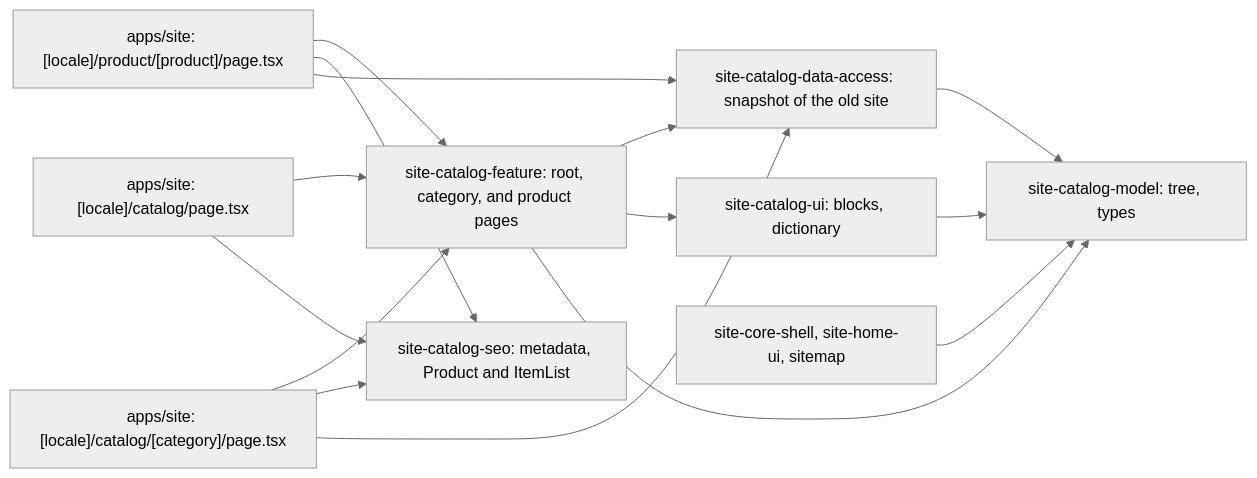
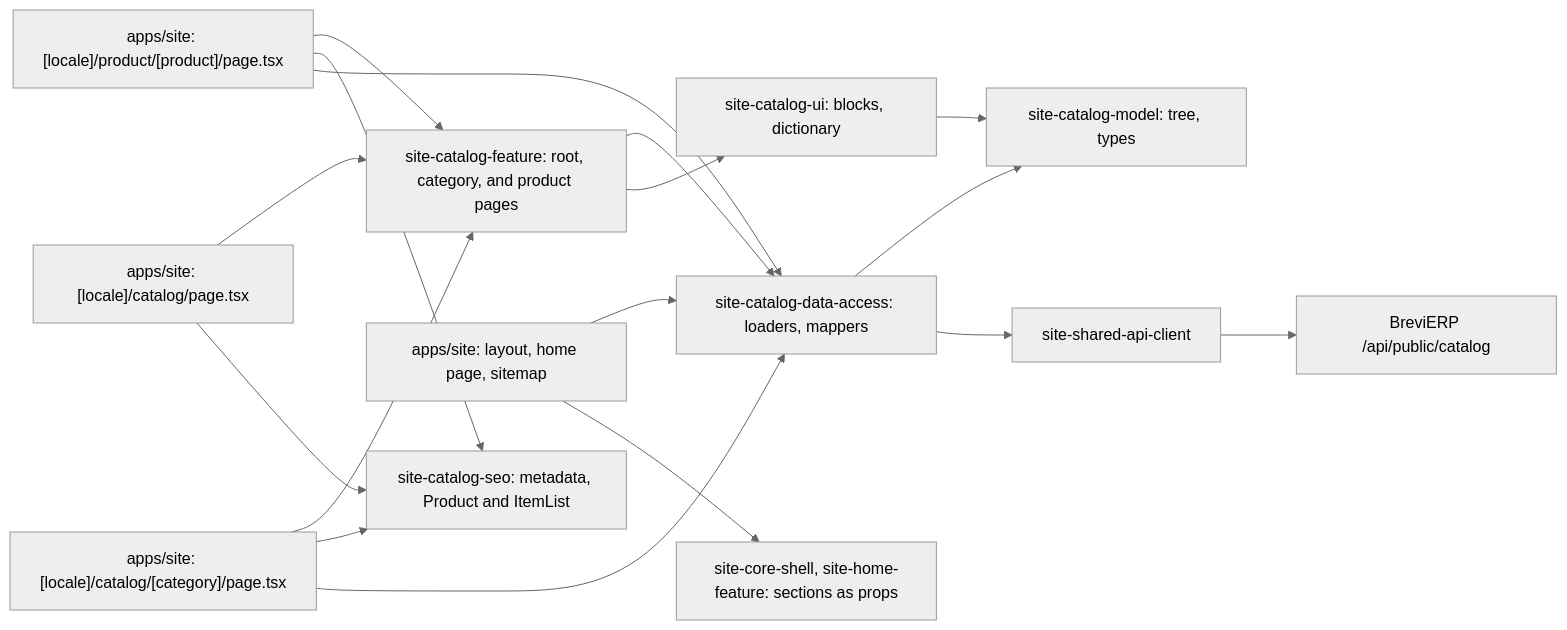
The diagram in docs/features/site/catalog.md (Weretik/brevi-web), drawn with Mermaid (neutral theme) before and after one commit. The commit also changed other lines of this file and 324 other files, not shown here.

First line of the commit message:
feat(site): read the catalog from the BreviERP public API

````diff
--- a/docs/features/site/catalog.md
+++ b/docs/features/site/catalog.md
@@ -15,17 +17,19 @@
 ```mermaid
 flowchart LR
   Root["apps/site: [locale]/catalog/page.tsx"] --> Feature["site-catalog-feature: root, category, and product pages"]
   Category["apps/site: [locale]/catalog/[category]/page.tsx"] --> Feature
   Product["apps/site: [locale]/product/[product]/page.tsx"] --> Feature
   Product --> PageSeo
   Product --> Data
   Root --> PageSeo["site-catalog-seo: metadata, Product and ItemList"]
   Category --> PageSeo
-  Category --> Data["site-catalog-data-access: snapshot of the old site"]
+  Category --> Data["site-catalog-data-access: loaders, mappers"]
   Feature --> Data
   Feature --> Ui["site-catalog-ui: blocks, dictionary"]
-  Feature --> Model["site-catalog-model: tree, types"]
-  Data --> Model
+  Data --> Model["site-catalog-model: tree, types"]
+  Data --> Api["site-shared-api-client"]
+  Api --> Erp["BreviERP /api/public/catalog"]
   Ui --> Model
-  Shell["site-core-shell, site-home-ui, sitemap"] --> Model
+  Layout["apps/site: layout, home page, sitemap"] --> Data
+  Layout --> Shell["site-core-shell, site-home-feature: sections as props"]
 ```
````
